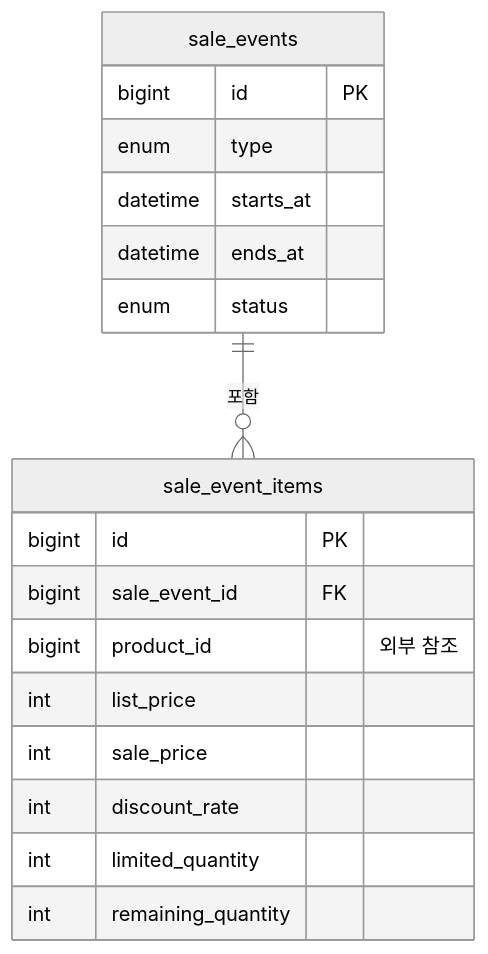
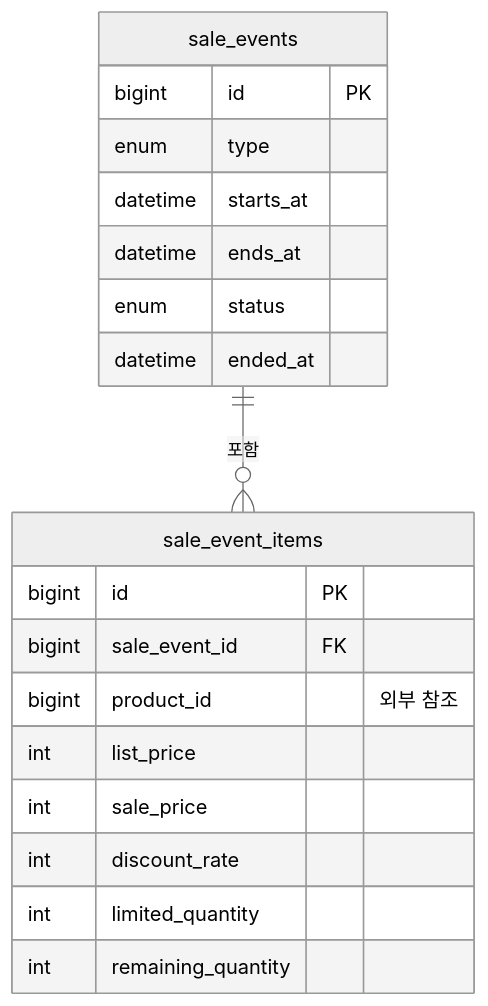
The fifth of 7 diagrams in docs/database/erd.md (OdinAhn/take-care-of-my-fridge), drawn with Mermaid (neutral theme) before and after one commit. The commit also changed 7 other files, not shown here.

````diff
--- a/docs/database/erd.md
+++ b/docs/database/erd.md
@@ -232,22 +232,23 @@
 ```mermaid
 erDiagram
     sale_events ||--o{ sale_event_items : "포함"
 
     sale_events {
         bigint id PK
         enum type
         datetime starts_at
         datetime ends_at
         enum status
+        datetime ended_at
     }
     sale_event_items {
         bigint id PK
         bigint sale_event_id FK
         bigint product_id "외부 참조"
         int list_price
         int sale_price
         int discount_rate
         int limited_quantity
         int remaining_quantity
     }
 ```
````
